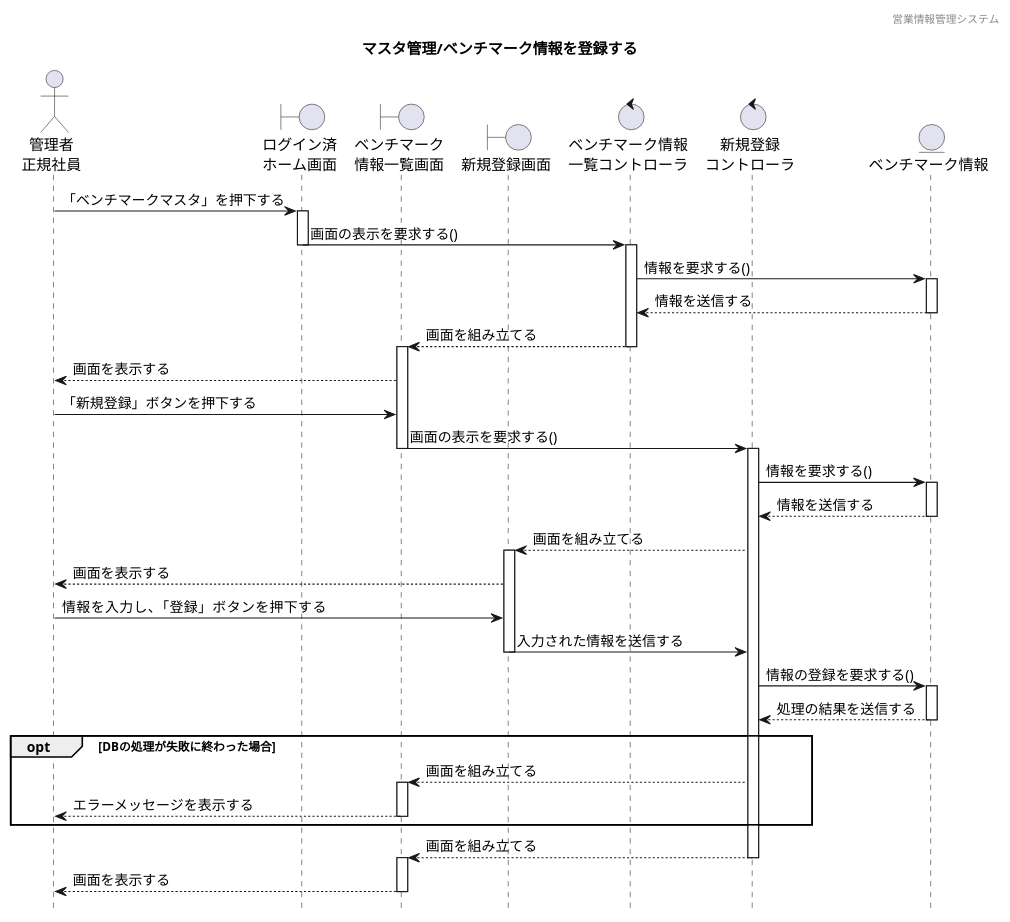
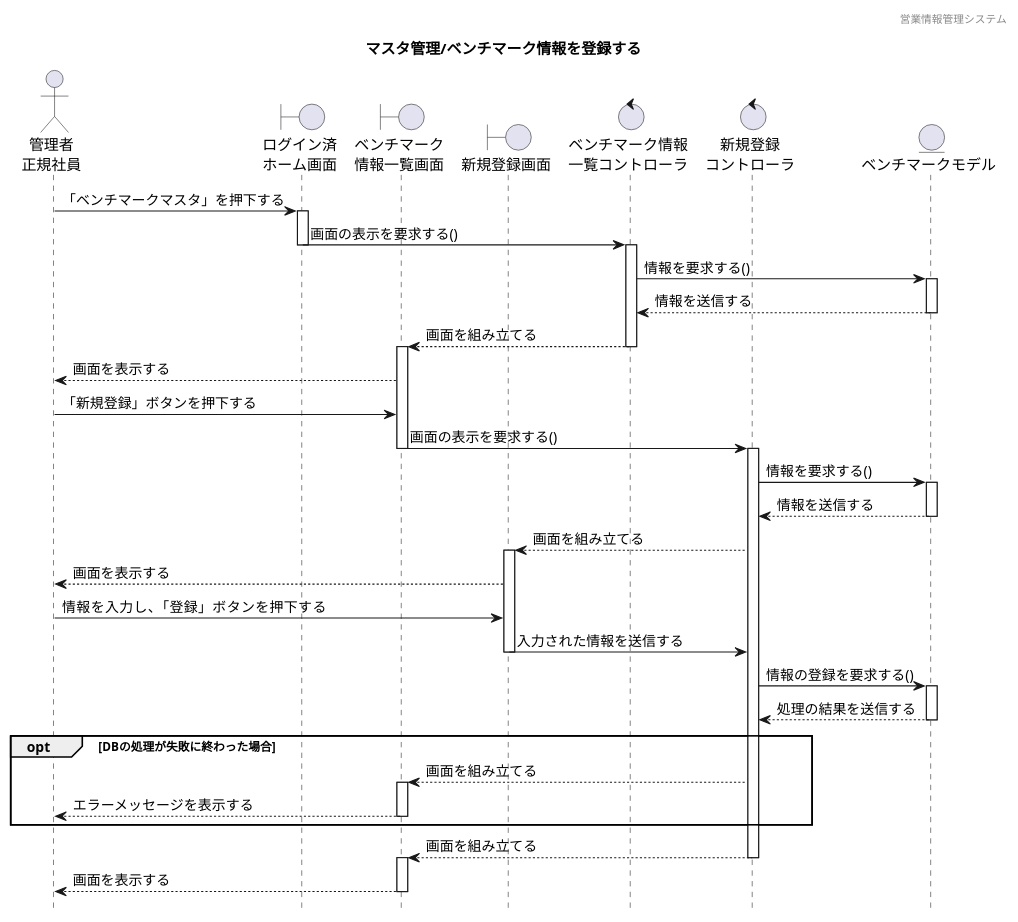
The diagram in 各種設計書/4シーケンス図/マスタ管理/F05ベンチマークマスタ/ベンチマークマスタ管理_登録.plantuml (HaruShim/Sotuken), drawn with PlantUML before and after one commit. The commit also changed 18 other files, not shown here.

```diff
--- a/各種設計書/4シーケンス図/マスタ管理/F05ベンチマークマスタ/ベンチマークマスタ管理_登録.plantuml
+++ b/各種設計書/4シーケンス図/マスタ管理/F05ベンチマークマスタ/ベンチマークマスタ管理_登録.plantuml
@@ -1,65 +1,65 @@
 @startuml ../../images/ベンチマークマスタ/ベンチマークマスタ管理_登録
 
 hide footbox
 header 営業情報管理システム
 title マスタ管理/ベンチマーク情報を登録する
 
 ' actor "" as 
 actor "管理者\n正規社員" as a1 
 
 ' boundary "" as 
 boundary "ログイン済\nホーム画面" as b1
 boundary "ベンチマーク\n情報一覧画面" as b2
 boundary "新規登録画面" as b3
 
 ' control "" as c
 control "ベンチマーク情報\n一覧コントローラ" as c1
 control "新規登録\nコントローラ" as c2
 
 ' entity "" as e
-entity "ベンチマーク情報" as e1
+entity "ベンチマークモデル" as e1
 
 a1 -> b1 : 「ベンチマークマスタ」を押下する
 activate b1
 b1 -> c1 : 画面の表示を要求する()
 deactivate b1
 activate c1
 c1 -> e1 : 情報を要求する()
 activate e1
 e1 --> c1 : 情報を送信する
 deactivate e1
 c1 --> b2 : 画面を組み立てる
 deactivate c1
 activate b2
 b2 --> a1 : 画面を表示する
 a1 -> b2 : 「新規登録」ボタンを押下する
 b2 -> c2 : 画面の表示を要求する()
 deactivate b2
 activate c2
 c2 -> e1 : 情報を要求する()
 activate e1
 e1 --> c2 : 情報を送信する
 deactivate e1
 c2 --> b3 : 画面を組み立てる
 activate b3
 b3 --> a1 : 画面を表示する
 a1 -> b3 : 情報を入力し、「登録」ボタンを押下する
 b3 -> c2 : 入力された情報を送信する
 deactivate b3
 c2 -> e1 : 情報の登録を要求する()
 activate e1
 e1 --> c2 : 処理の結果を送信する
 deactivate e1
 opt DBの処理が失敗に終わった場合
 c2 --> b2 : 画面を組み立てる
 activate b2
 b2 --> a1 : エラーメッセージを表示する  
 deactivate b2
 end
 c2 --> b2 : 画面を組み立てる
 deactivate c2
 activate b2
 b2 --> a1 : 画面を表示する  
 deactivate b2
 
 @enduml
```
